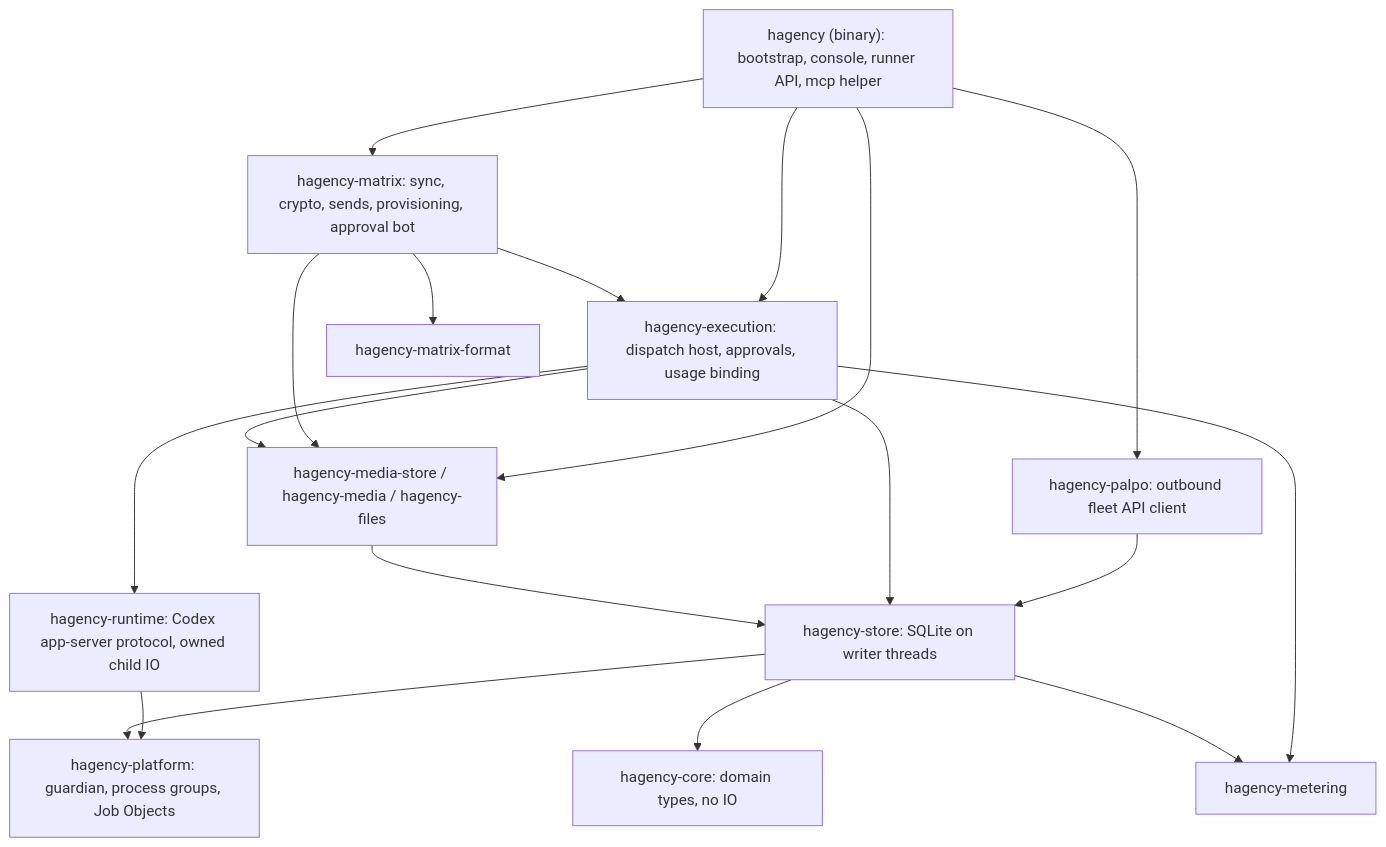
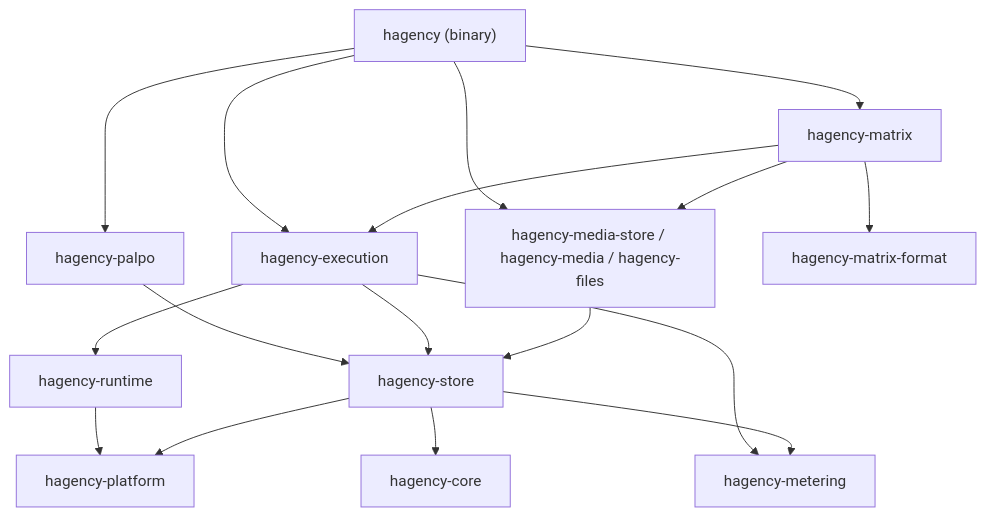
One commit to chrislearn/hagency-client changed the first of 7 diagrams in docs/architecture-walkthrough.md. Above: the diagram before and after it, drawn with Mermaid. The commit also changed other lines of this file and 39 other files, not shown here.

````diff
--- a/docs/architecture-walkthrough.md
+++ b/docs/architecture-walkthrough.md
@@ -94,21 +134,21 @@
 ```mermaid
 flowchart TD
-    BIN["hagency (binary): bootstrap, console, runner API, mcp helper"]
-    MX["hagency-matrix: sync, crypto, sends, provisioning, approval bot"]
-    PA["hagency-palpo: outbound fleet API client"]
-    EX["hagency-execution: dispatch host, approvals, usage binding"]
-    RT["hagency-runtime: Codex app-server protocol, owned child IO"]
-    ST["hagency-store: SQLite on writer threads"]
-    PL["hagency-platform: guardian, process groups, Job Objects"]
+    BIN["hagency (binary)"]
+    MX["hagency-matrix"]
+    PA["hagency-palpo"]
+    EX["hagency-execution"]
+    RT["hagency-runtime"]
+    ST["hagency-store"]
+    PL["hagency-platform"]
     MS["hagency-media-store / hagency-media / hagency-files"]
-    CO["hagency-core: domain types, no IO"]
+    CO["hagency-core"]
     ME["hagency-metering"]
     FM["hagency-matrix-format"]
     BIN --> MX & PA & EX & MS
     MX --> EX & FM & MS
     PA --> ST
-    EX --> RT & ST & MS & ME
+    EX --> RT & ST & ME
     RT --> PL
     ST --> CO & ME & PL
     MS --> ST
 ```
````
